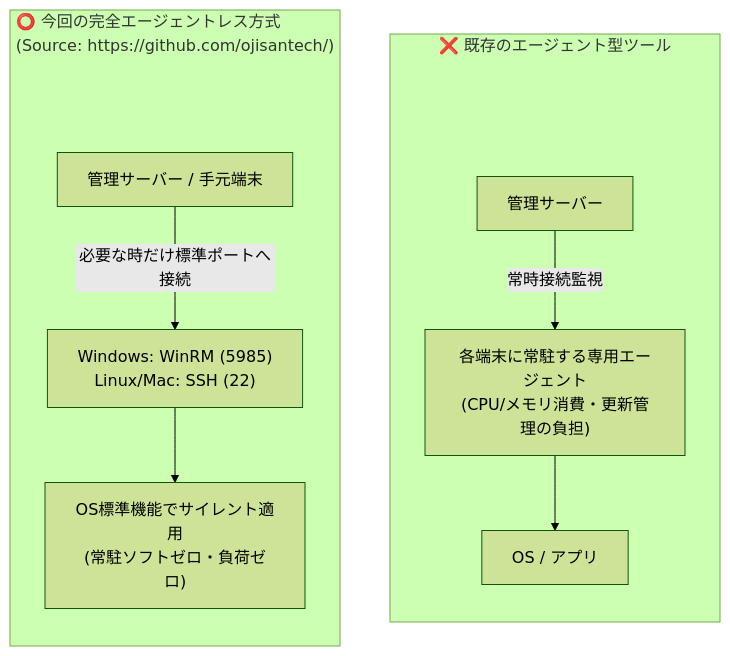
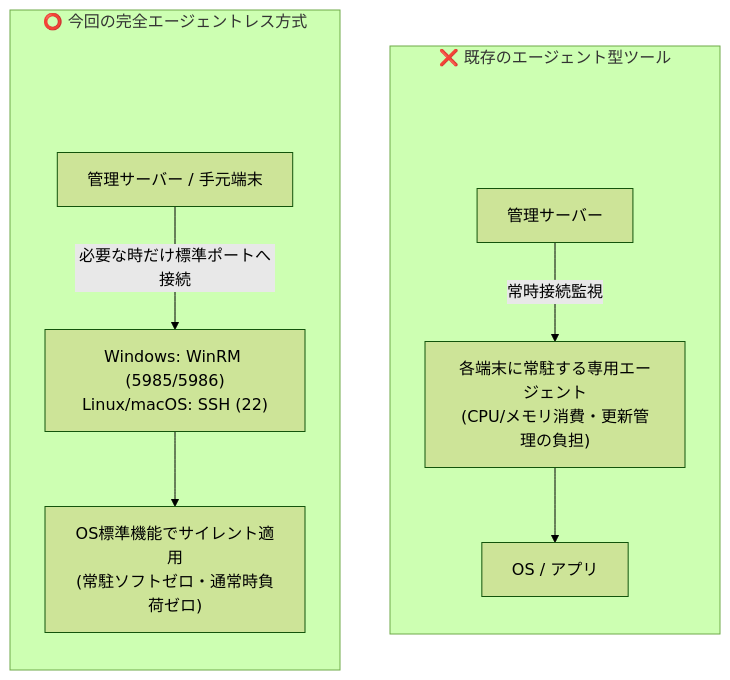
The first of 2 diagrams in QIITA_ARTICLE_DETAIL_2.md (ojisantech/ojisan-arsenal), drawn with Mermaid (forest theme) before and after one commit. The commit also changed other lines of this file and 6 other files, not shown here.

Commit message:
docs: enrich QIITA_ARTICLE_DETAIL_1..7 with full technical implementation, diagrams, and operational guides from original drafts

````diff
--- a/QIITA_ARTICLE_DETAIL_2.md
+++ b/QIITA_ARTICLE_DETAIL_2.md
@@ -61,18 +45,18 @@
 ```mermaid
 flowchart TD
     subgraph Heavy ["❌ 既存のエージェント型ツール"]
         direction TB
-        spacer_h[" "] ~~~ H_Server["管理サーバー"]
-        style spacer_h fill:none,stroke:none;
-        H_Server -->|"常時接続監視"| H_Agent["各端末に常駐する専用エージェント<br/>(CPU/メモリ消費・更新管理の負担)"]
+        spacer_heavy[" "] ~~~ H_Server
+        style spacer_heavy fill:none,stroke:none;
+        H_Server["管理サーバー"] -->|"常時接続監視"| H_Agent["各端末に常駐する専用エージェント<br/>(CPU/メモリ消費・更新管理の負担)"]
         H_Agent --> H_OS["OS / アプリ"]
     end
 
-    subgraph Light ["⭕ 今回の完全エージェントレス方式<br/>(Source: https://github.com/ojisantech/)"]
+    subgraph Light ["⭕ 今回の完全エージェントレス方式"]
         direction TB
-        spacer_l[" "] ~~~ L_Server["管理サーバー / 手元端末"]
-        style spacer_l fill:none,stroke:none;
-        L_Server -->|"必要な時だけ標準ポートへ接続"| L_Port["Windows: WinRM (5985)<br/>Linux/Mac: SSH (22)"]
-        L_Port --> L_OS["OS標準機能でサイレント適用<br/>(常駐ソフトゼロ・負荷ゼロ)"]
+        spacer_light[" "] ~~~ L_Server
+        style spacer_light fill:none,stroke:none;
+        L_Server["管理サーバー / 手元端末"] -->|"必要な時だけ標準ポートへ接続"| L_Port["Windows: WinRM (5985/5986)<br/>Linux/macOS: SSH (22)"]
+        L_Port --> L_OS["OS標準機能でサイレント適用<br/>(常駐ソフトゼロ・通常時負荷ゼロ)"]
     end
 ```
````
